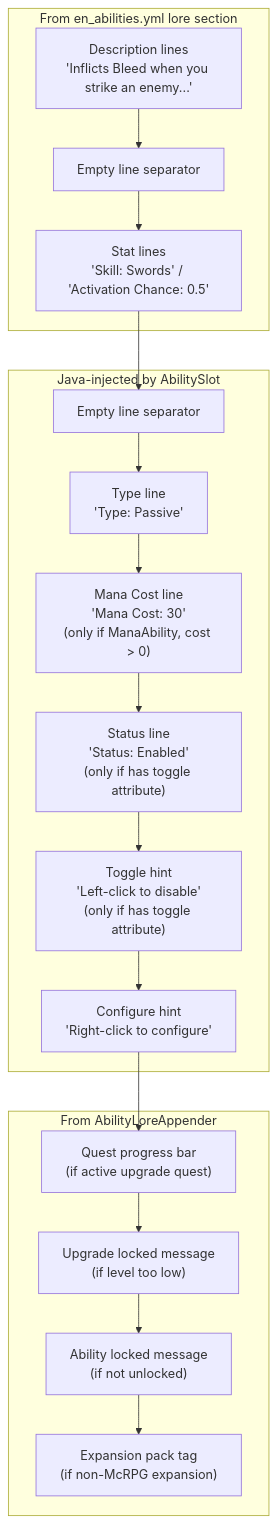
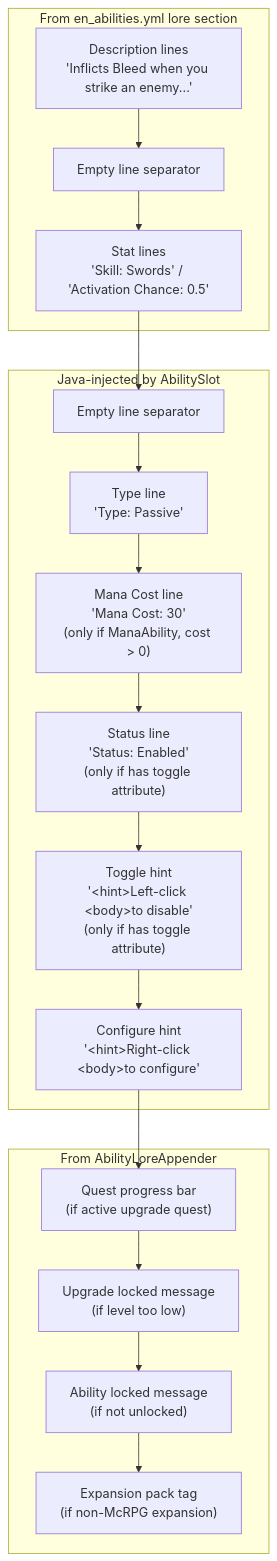
The second of 2 diagrams in docs/lld/gui-ux-system/phase-2-ability-display-overhaul.md (DiamondDagger590/McRPG), drawn with Mermaid before and after one commit. The commit also changed other lines of this file and 28 other files, not shown here.

````diff
--- a/docs/lld/gui-ux-system/phase-2-ability-display-overhaul.md
+++ b/docs/lld/gui-ux-system/phase-2-ability-display-overhaul.md
@@ -109,27 +109,27 @@
 ```mermaid
 flowchart TD
     subgraph yamlSection [From en_abilities.yml lore section]
         DESC["Description lines<br/>'Inflicts Bleed when you strike an enemy...'"]
         BLANK1["Empty line separator"]
         STATS["Stat lines<br/>'Skill: Swords' / 'Activation Chance: 0.5'"]
     end
 
     subgraph javaInjected [Java-injected by AbilitySlot]
         BLANK2["Empty line separator"]
         TYPE["Type line<br/>'Type: Passive'"]
         MANA["Mana Cost line<br/>'Mana Cost: 30'<br/>(only if ManaAbility, cost > 0)"]
         STATUS["Status line<br/>'Status: Enabled'<br/>(only if has toggle attribute)"]
-        TOGGLE_HINT["Toggle hint<br/>'Left-click to disable'<br/>(only if has toggle attribute)"]
-        CONFIG_HINT["Configure hint<br/>'Right-click to configure'"]
+        TOGGLE_HINT["Toggle hint<br/>'&lt;hint&gt;Left-click &lt;body&gt;to disable'<br/>(only if has toggle attribute)"]
+        CONFIG_HINT["Configure hint<br/>'&lt;hint&gt;Right-click &lt;body&gt;to configure'"]
     end
 
     subgraph appenderSection [From AbilityLoreAppender]
         QUEST["Quest progress bar<br/>(if active upgrade quest)"]
         UPGRADE["Upgrade locked message<br/>(if level too low)"]
         LOCKED["Ability locked message<br/>(if not unlocked)"]
         EXPANSION["Expansion pack tag<br/>(if non-McRPG expansion)"]
     end
 
     DESC --> BLANK1 --> STATS --> BLANK2 --> TYPE --> MANA --> STATUS --> TOGGLE_HINT --> CONFIG_HINT --> QUEST
     QUEST --> UPGRADE --> LOCKED --> EXPANSION
 ```
````
